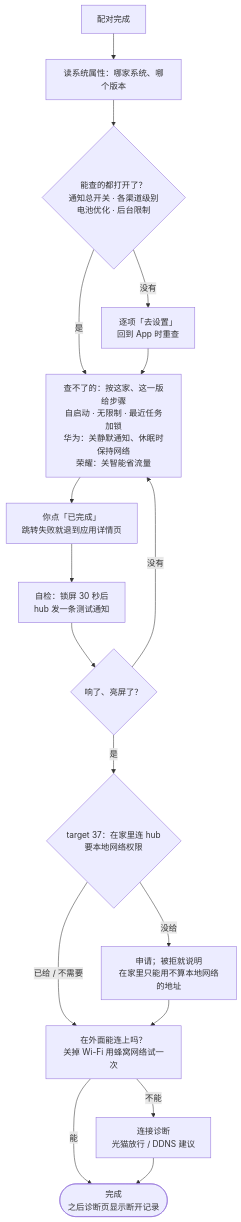
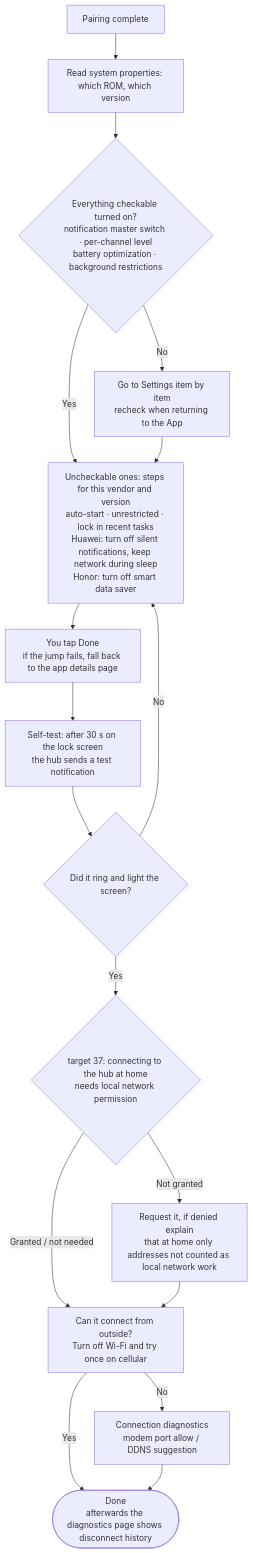
Before and after one commit to 413180794/persona: diagram 14 of 15 in docs/redesign/flows.md, drawn with Mermaid. The commit also changed other lines of this file and 6 other files, not shown here.

````diff
--- a/docs/redesign/flows.md
+++ b/docs/redesign/flows.md
@@ -337,19 +337,19 @@
 ```mermaid
 flowchart TD
-  S["配对完成"] --> ID["读系统属性：哪家系统、哪个版本"]
-  ID --> A{"能查的都打开了？<br/>通知总开关 · 各渠道级别<br/>电池优化 · 后台限制"}
-  A -- "没有" --> A1["逐项「去设置」<br/>回到 App 时重查"]
-  A -- "是" --> C
-  A1 --> C["查不了的：按这家、这一版给步骤<br/>自启动 · 无限制 · 最近任务加锁<br/>华为：关静默通知、休眠时保持网络<br/>荣耀：关智能省流量"]
-  C --> D["你点「已完成」<br/>跳转失败就退到应用详情页"]
-  D --> T["自检：锁屏 30 秒后<br/>hub 发一条测试通知"]
-  T --> Q{"响了、亮屏了？"}
-  Q -- "没有" --> C
-  Q -- "是" --> L{"target 37：在家里连 hub<br/>要本地网络权限"}
-  L -- "没给" --> L1["申请；被拒就说明<br/>在家里只能用不算本地网络的地址"]
-  L -- "已给 / 不需要" --> E
-  L1 --> E["在外面能连上吗？<br/>关掉 Wi-Fi 用蜂窝网络试一次"]
-  E -- "能" --> OK(["完成<br/>之后诊断页显示断开记录"])
-  E -- "不能" --> DG["连接诊断<br/>光猫放行 / DDNS 建议"]
+  S["Pairing complete"] --> ID["Read system properties: which ROM, which version"]
+  ID --> A{"Everything checkable turned on?<br/>notification master switch · per-channel level<br/>battery optimization · background restrictions"}
+  A -- "No" --> A1["Go to Settings item by item<br/>recheck when returning to the App"]
+  A -- "Yes" --> C
+  A1 --> C["Uncheckable ones: steps for this vendor and version<br/>auto-start · unrestricted · lock in recent tasks<br/>Huawei: turn off silent notifications, keep network during sleep<br/>Honor: turn off smart data saver"]
+  C --> D["You tap Done<br/>if the jump fails, fall back to the app details page"]
+  D --> T["Self-test: after 30 s on the lock screen<br/>the hub sends a test notification"]
+  T --> Q{"Did it ring and light the screen?"}
+  Q -- "No" --> C
+  Q -- "Yes" --> L{"target 37: connecting to the hub at home<br/>needs local network permission"}
+  L -- "Not granted" --> L1["Request it, if denied explain<br/>that at home only addresses not counted as local network work"]
+  L -- "Granted / not needed" --> E
+  L1 --> E["Can it connect from outside?<br/>Turn off Wi-Fi and try once on cellular"]
+  E -- "Yes" --> OK(["Done<br/>afterwards the diagnostics page shows disconnect history"])
+  E -- "No" --> DG["Connection diagnostics<br/>modem port allow / DDNS suggestion"]
   DG --> OK
 ```
````
